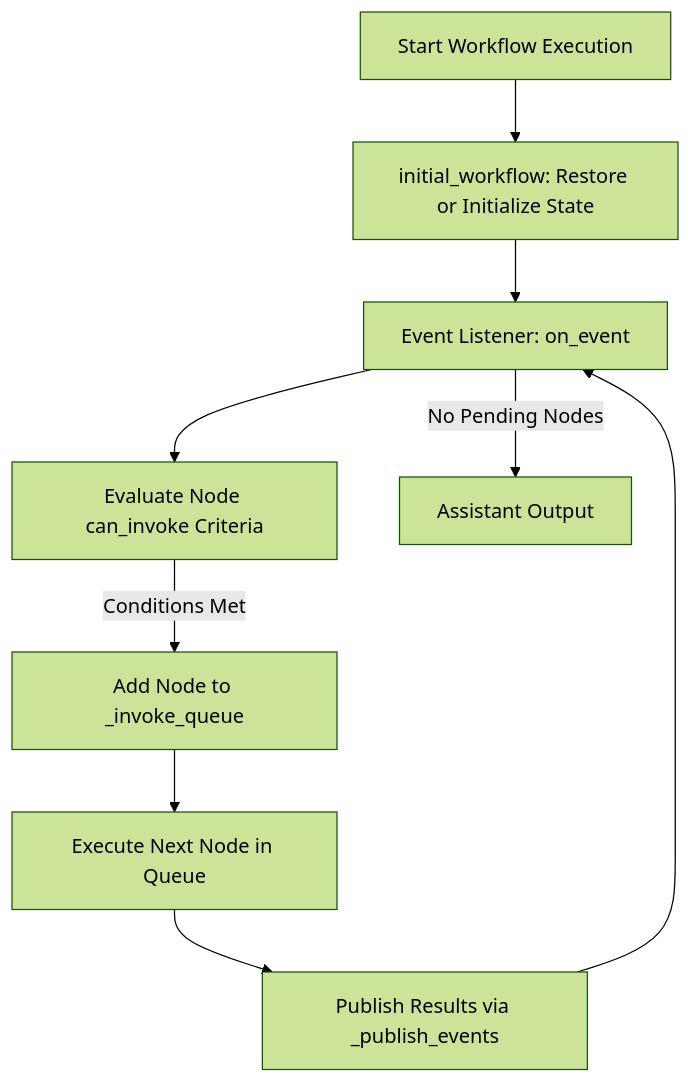
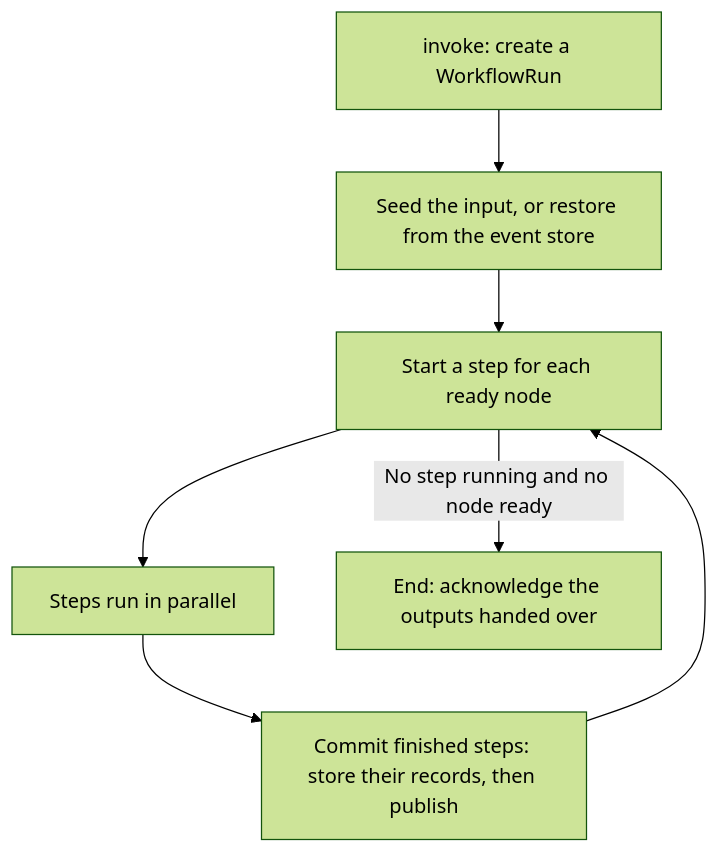
The diagram in docs/docs/user-guide/event-driven-workflow.md (binome-dev/graphite), drawn with Mermaid (forest theme) before and after one commit. The commit also changed other lines of this file and 73 other files, not shown here.

First line of the commit message:
feat: run each workflow invocation with one coordinator (#110)

````diff
--- a/docs/docs/user-guide/event-driven-workflow.md
+++ b/docs/docs/user-guide/event-driven-workflow.md
@@ -44,11 +45,9 @@
 ```mermaid
 graph TD
-    Start[Start Workflow Execution] --> Init[initial_workflow: Restore or Initialize State]
-    Init --> EventListener[Event Listener: on_event]
-    EventListener --> CheckCriteria[Evaluate Node can_invoke Criteria]
-    CheckCriteria -->|Conditions Met| QueueNode[Add Node to _invoke_queue]
-    QueueNode --> InvokeNode[Execute Next Node in Queue]
-    InvokeNode --> PublishResults[Publish Results via _publish_events]
-    PublishResults --> EventListener
-    EventListener -->|No Pending Nodes| Output[Assistant Output]
+    Start[invoke: create a WorkflowRun] --> Init[Seed the input, or restore from the event store]
+    Init --> Ready[Start a step for each ready node]
+    Ready --> Step[Steps run in parallel]
+    Step --> Commit[Commit finished steps: store their records, then publish]
+    Commit --> Ready
+    Ready -->|No step running and no node ready| Close[End: acknowledge the outputs handed over]
 ```
````
